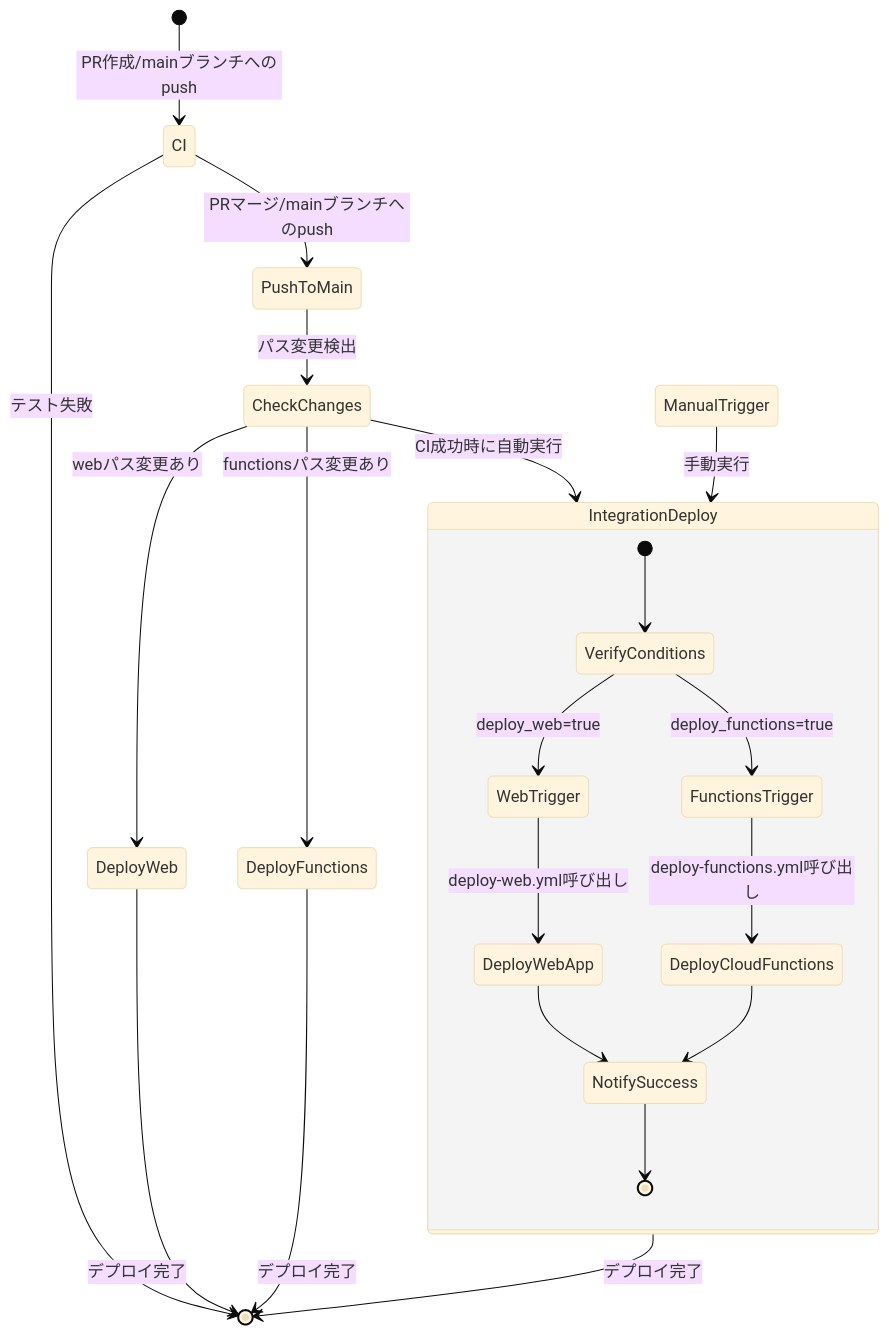
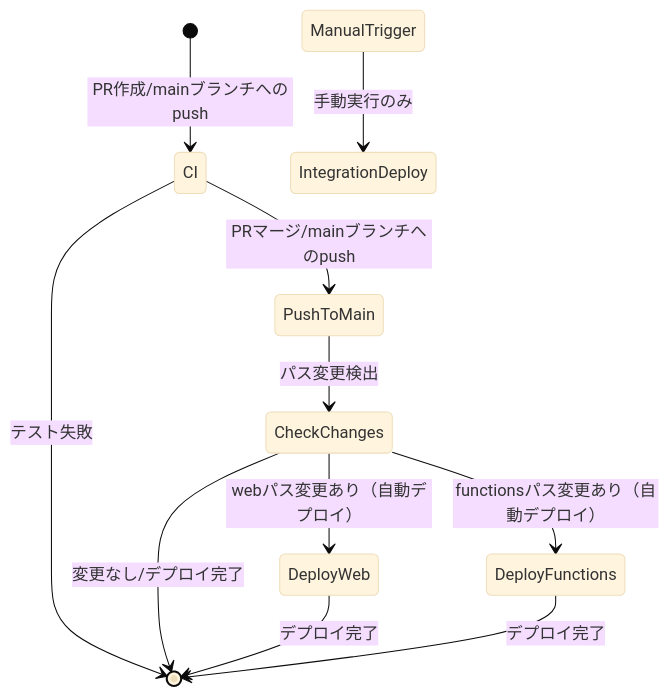
One commit to nothink-jp/suzumina.click changed the diagram in docs/CI_CD.md. Above: the diagram before and after it, drawn with Mermaid (base theme). The commit also changed other lines of this file and 4 other files, not shown here.

````diff
--- a/docs/CI_CD.md
+++ b/docs/CI_CD.md
@@ -20,30 +20,17 @@
 ```mermaid
 stateDiagram-v2
     [*] --> CI: PR作成/mainブランチへのpush
 
     CI --> PushToMain: PRマージ/mainブランチへのpush
     CI --> [*]: テスト失敗
 
     PushToMain --> CheckChanges: パス変更検出
-    CheckChanges --> DeployWeb: webパス変更あり
-    CheckChanges --> DeployFunctions: functionsパス変更あり
-    CheckChanges --> IntegrationDeploy: CI成功時に自動実行
+    CheckChanges --> DeployWeb: webパス変更あり（自動デプロイ）
+    CheckChanges --> DeployFunctions: functionsパス変更あり（自動デプロイ）
+    CheckChanges --> [*]: 変更なし/デプロイ完了
 
     DeployWeb --> [*]: デプロイ完了
     DeployFunctions --> [*]: デプロイ完了
 
-    state IntegrationDeploy {
-        [*] --> VerifyConditions
-        VerifyConditions --> WebTrigger: deploy_web=true
-        VerifyConditions --> FunctionsTrigger: deploy_functions=true
-        WebTrigger --> DeployWebApp: deploy-web.yml呼び出し
-        FunctionsTrigger --> DeployCloudFunctions: deploy-functions.yml呼び出し
-        DeployWebApp --> NotifySuccess
-        DeployCloudFunctions --> NotifySuccess
-        NotifySuccess --> [*]
-    }
-    
-    IntegrationDeploy --> [*]: デプロイ完了
-    
-    ManualTrigger --> IntegrationDeploy: 手動実行
+    ManualTrigger --> IntegrationDeploy: 手動実行のみ
 ```
````
